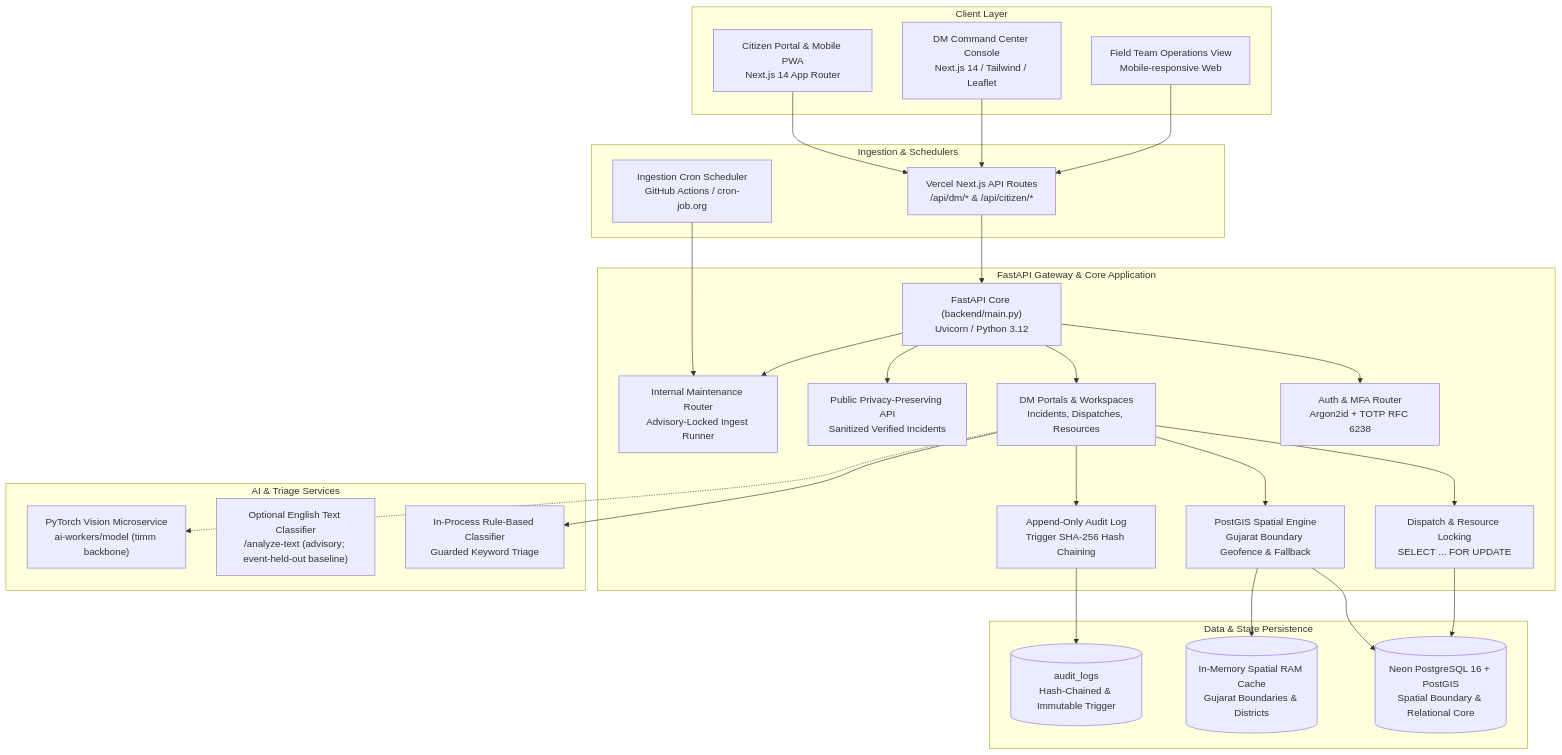
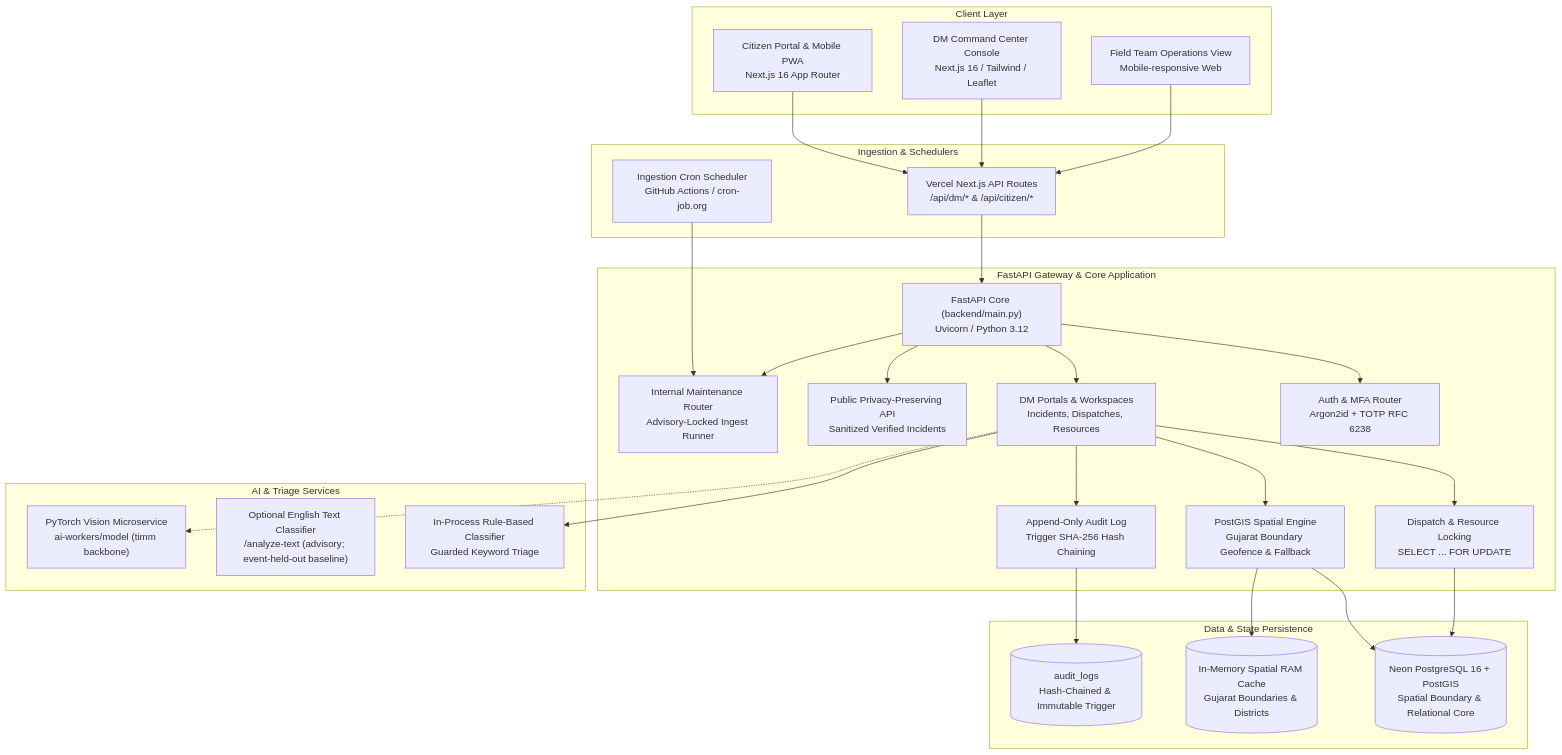
Before and after one commit to Siddhcreator-1706/IT314_Software_Project: the first of 2 diagrams in docs/ARCHITECTURE.md, drawn with Mermaid. The commit also changed other lines of this file and 7 other files, not shown here.

````diff
--- a/docs/ARCHITECTURE.md
+++ b/docs/ARCHITECTURE.md
@@ -22,58 +22,58 @@
 ```mermaid
 flowchart TD
     subgraph Clients["Client Layer"]
-        CitizenUI["Citizen Portal & Mobile PWA<br/>Next.js 14 App Router"]
-        DispatcherUI["DM Command Center Console<br/>Next.js 14 / Tailwind / Leaflet"]
+        CitizenUI["Citizen Portal & Mobile PWA<br/>Next.js 16 App Router"]
+        DispatcherUI["DM Command Center Console<br/>Next.js 16 / Tailwind / Leaflet"]
         FieldUI["Field Team Operations View<br/>Mobile-responsive Web"]
     end
 
     subgraph Edge["Ingestion & Schedulers"]
         CronIngest["Ingestion Cron Scheduler<br/>GitHub Actions / cron-job.org"]
         VercelProxy["Vercel Next.js API Routes<br/>/api/dm/* & /api/citizen/*"]
     end
 
     subgraph BackendGateway["FastAPI Gateway & Core Application"]
         MainApp["FastAPI Core (backend/main.py)<br/>Uvicorn / Python 3.12"]
         AuthRouter["Auth & MFA Router<br/>Argon2id + TOTP RFC 6238"]
         DMRouters["DM Portals & Workspaces<br/>Incidents, Dispatches, Resources"]
         PublicRouter["Public Privacy-Preserving API<br/>Sanitized Verified Incidents"]
         InternalRouter["Internal Maintenance Router<br/>Advisory-Locked Ingest Runner"]
         GeoService["PostGIS Spatial Engine<br/>Gujarat Boundary Geofence & Fallback"]
         AuditService["Append-Only Audit Log<br/>Trigger SHA-256 Hash Chaining"]
         DispatchService["Dispatch & Resource Locking<br/>SELECT ... FOR UPDATE"]
     end
 
     subgraph DataStorage["Data & State Persistence"]
         NeonDB[("Neon PostgreSQL 16 + PostGIS<br/>Spatial Boundary & Relational Core")]
         AuditTable[("audit_logs<br/>Hash-Chained & Immutable Trigger")]
         InMemCache[("In-Memory Spatial RAM Cache<br/>Gujarat Boundaries & Districts")]
     end
 
     subgraph AIService["AI & Triage Services"]
         InProcessAI["In-Process Rule-Based Classifier<br/>Guarded Keyword Triage"]
         TextAI["Optional English Text Classifier<br/>/analyze-text (advisory; event-held-out baseline)"]
         VisionAI["PyTorch Vision Microservice<br/>ai-workers/model (timm backbone)"]
     end
 
     CitizenUI --> VercelProxy
     DispatcherUI --> VercelProxy
     FieldUI --> VercelProxy
     VercelProxy --> MainApp
     CronIngest --> InternalRouter
 
     MainApp --> AuthRouter
     MainApp --> DMRouters
     MainApp --> PublicRouter
     MainApp --> InternalRouter
 
     DMRouters --> DispatchService
     DMRouters --> GeoService
     DMRouters --> AuditService
     DMRouters --> InProcessAI
 
     DispatchService --> NeonDB
     GeoService --> NeonDB
     GeoService --> InMemCache
     AuditService --> AuditTable
     DMRouters -.-> VisionAI
 ```
````
